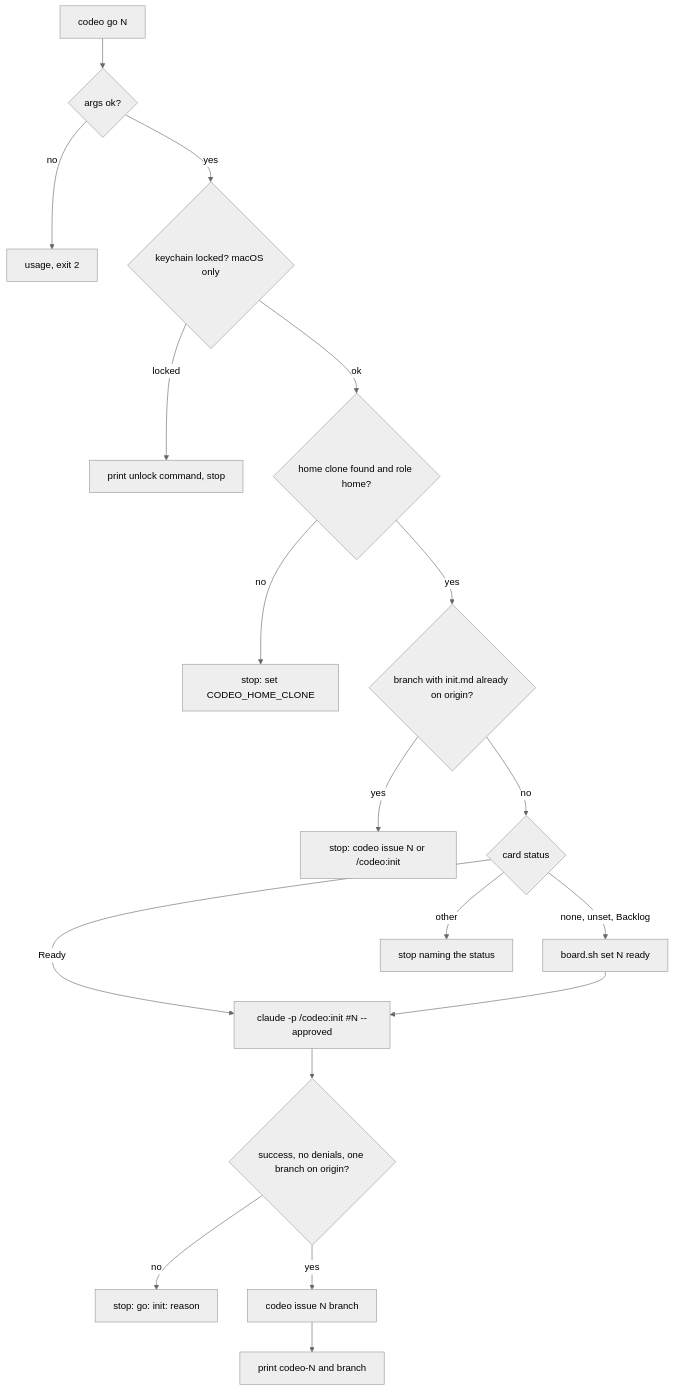
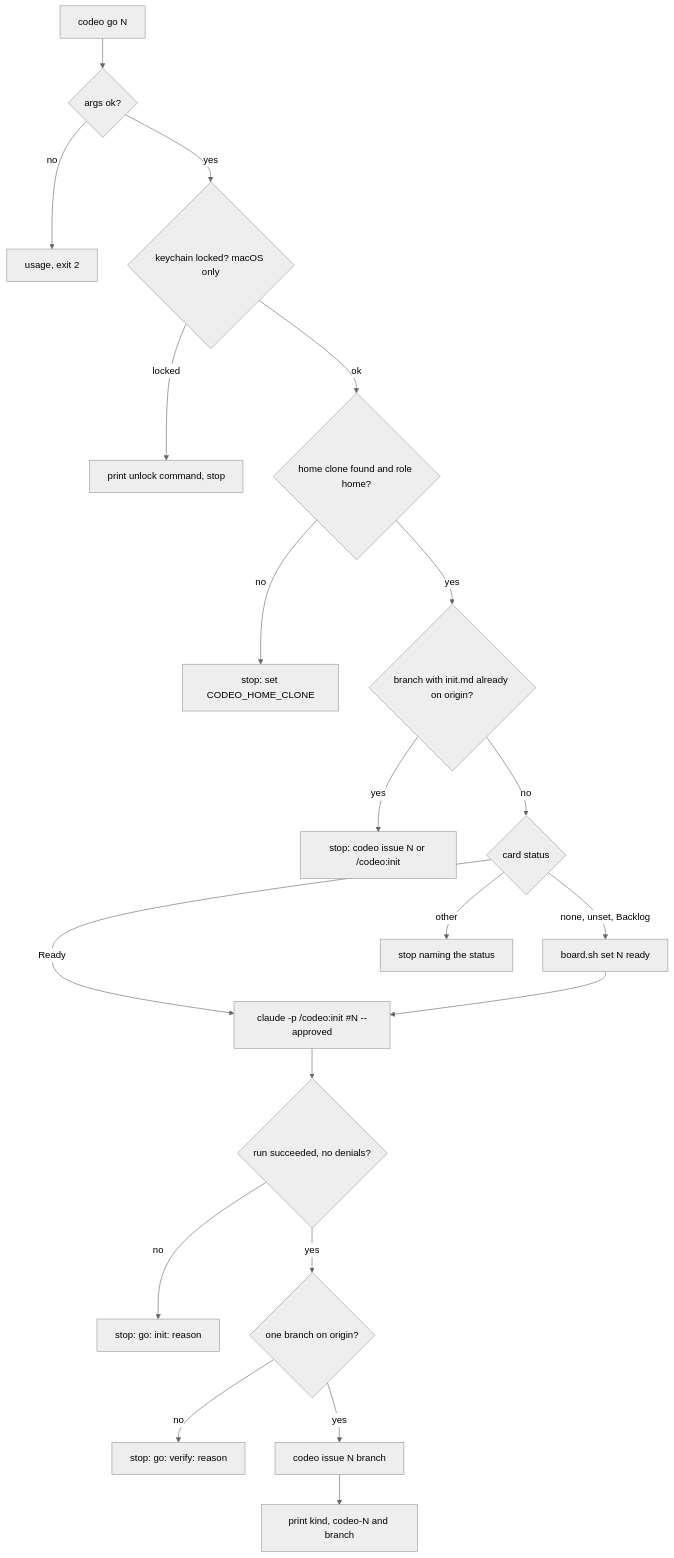
The second of 4 diagrams in .devcontainer/README.md (kbajpai/codeo), drawn with Mermaid (neutral theme) before and after one commit. The commit also changed other lines of this file and 1 other file, not shown here.

Commit message:
docs: correct the codeo go section and name the new behaviour (#217)
The failure lines, the verify failure node, the approval list (no lock),
the reach of the headless run, the sandbox: line and the trust note for the
current directory as the clone.

Claude-Session: https://claude.ai/code/session_01Sa1ZqazHL1ja3rrJLeWHp8

````diff
--- a/.devcontainer/README.md
+++ b/.devcontainer/README.md
@@ -150,18 +150,20 @@
 ```mermaid
 flowchart TD
     A["codeo go N"] --> B{args ok?}
     B -- no --> U["usage, exit 2"]
     B -- yes --> K{keychain locked? macOS only}
     K -- locked --> KE[print unlock command, stop]
     K -- ok --> H{home clone found and role home?}
     H -- no --> HE["stop: set CODEO_HOME_CLONE"]
     H -- yes --> X{branch with init.md already on origin?}
     X -- yes --> XE["stop: codeo issue N or /codeo:init"]
     X -- no --> S{card status}
     S -- "Ready" --> I
     S -- "none, unset, Backlog" --> R["board.sh set N ready"] --> I
     S -- "other" --> SE[stop naming the status]
-    I["claude -p /codeo:init #N --approved"] --> V{success, no denials, one branch on origin?}
-    V -- no --> IE["stop: go: init: reason"]
-    V -- yes --> C["codeo issue N branch"] --> P["print codeo-N and branch"]
+    I["claude -p /codeo:init #N --approved"] --> D{run succeeded, no denials?}
+    D -- no --> IE["stop: go: init: reason"]
+    D -- yes --> V{one branch on origin?}
+    V -- no --> VE["stop: go: verify: reason"]
+    V -- yes --> C["codeo issue N branch"] --> P["print kind, codeo-N and branch"]
 ```
````
